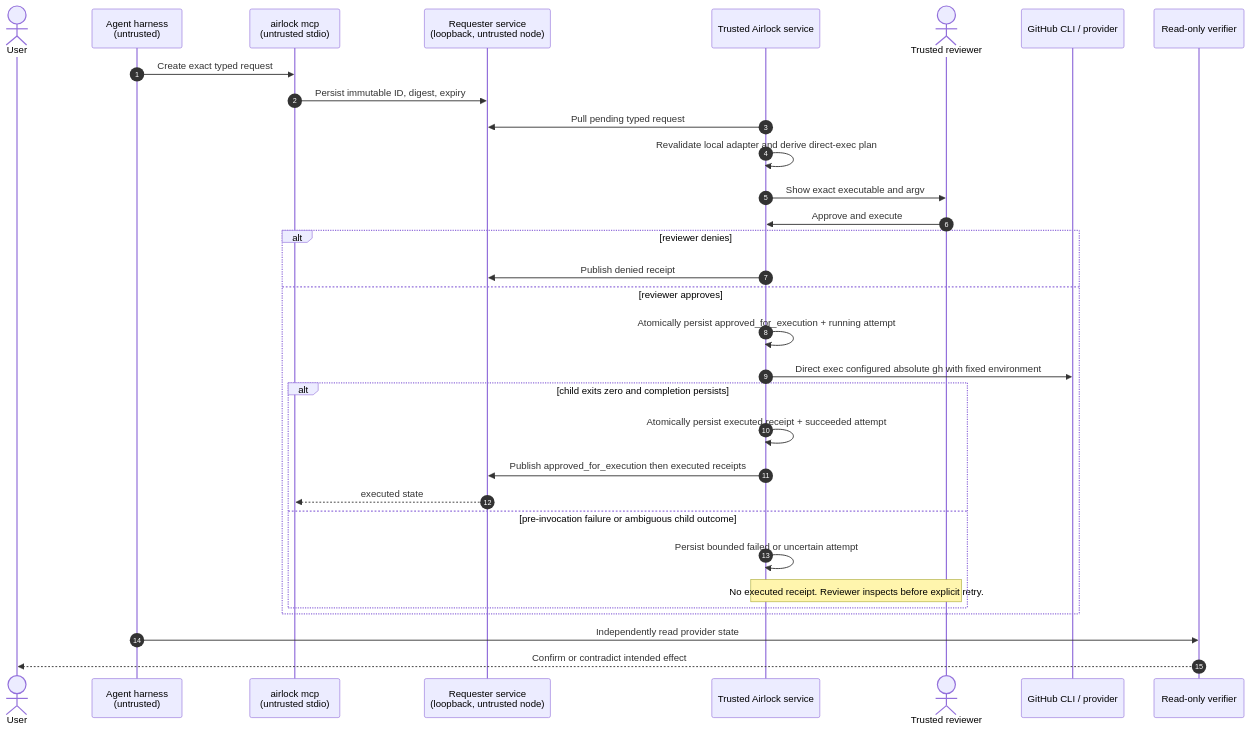
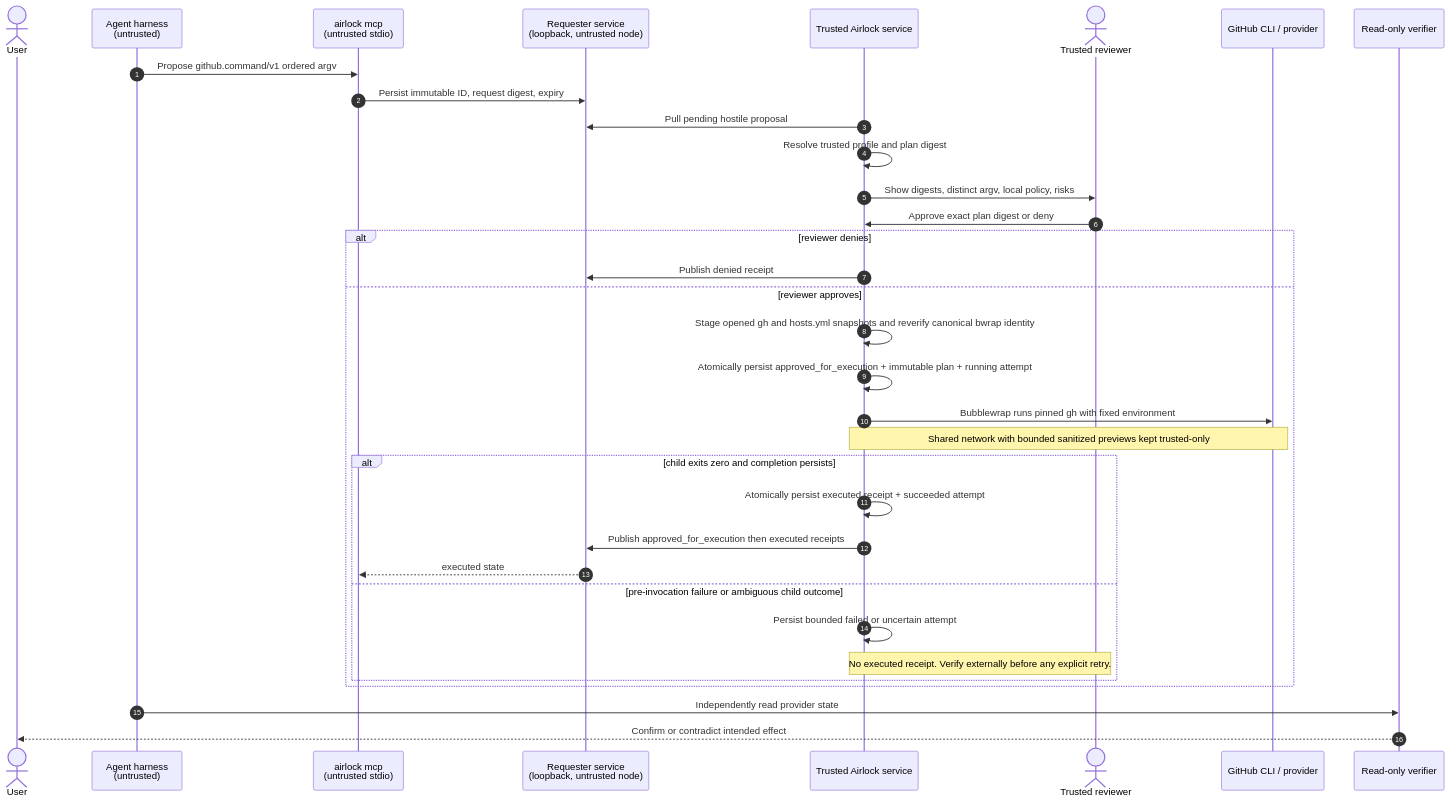
One commit to donovan-yohan/airlock changed the diagram in docs/diagrams/approval-timing.mmd. Above: the diagram before and after it, drawn with Mermaid. The commit also changed 86 other files, not shown here.

Commit message:
feat: add digest-bound command approvals

```diff
--- a/docs/diagrams/approval-timing.mmd
+++ b/docs/diagrams/approval-timing.mmd
@@ -1,33 +1,35 @@
 sequenceDiagram
   autonumber
   actor User as User
   participant Agent as Agent harness<br/>(untrusted)
   participant MCP as airlock mcp<br/>(untrusted stdio)
   participant Requester as Requester service<br/>(loopback, untrusted node)
   participant Trusted as Trusted Airlock service
   actor Human as Trusted reviewer
   participant Provider as GitHub CLI / provider
   participant Verify as Read-only verifier
 
-  Agent->>MCP: Create exact typed request
-  MCP->>Requester: Persist immutable ID, digest, expiry
-  Trusted->>Requester: Pull pending typed request
-  Trusted->>Trusted: Revalidate local adapter and derive direct-exec plan
-  Trusted->>Human: Show exact executable and argv
-  Human->>Trusted: Approve and execute
+  Agent->>MCP: Propose github.command/v1 ordered argv
+  MCP->>Requester: Persist immutable ID, request digest, expiry
+  Trusted->>Requester: Pull pending hostile proposal
+  Trusted->>Trusted: Resolve trusted profile and plan digest
+  Trusted->>Human: Show digests, distinct argv, local policy, risks
+  Human->>Trusted: Approve exact plan digest or deny
   alt reviewer denies
     Trusted->>Requester: Publish denied receipt
   else reviewer approves
-    Trusted->>Trusted: Atomically persist approved_for_execution + running attempt
-    Trusted->>Provider: Direct exec configured absolute gh with fixed environment
+    Trusted->>Trusted: Stage opened gh and hosts.yml snapshots and reverify canonical bwrap identity
+    Trusted->>Trusted: Atomically persist approved_for_execution + immutable plan + running attempt
+    Trusted->>Provider: Bubblewrap runs pinned gh with fixed environment
+    Note over Trusted,Provider: Shared network with bounded sanitized previews kept trusted-only
     alt child exits zero and completion persists
       Trusted->>Trusted: Atomically persist executed receipt + succeeded attempt
       Trusted->>Requester: Publish approved_for_execution then executed receipts
       Requester-->>MCP: executed state
     else pre-invocation failure or ambiguous child outcome
       Trusted->>Trusted: Persist bounded failed or uncertain attempt
-      Note over Trusted,Human: No executed receipt. Reviewer inspects before explicit retry.
+      Note over Trusted,Human: No executed receipt. Verify externally before any explicit retry.
     end
   end
   Agent->>Verify: Independently read provider state
   Verify-->>User: Confirm or contradict intended effect
```
